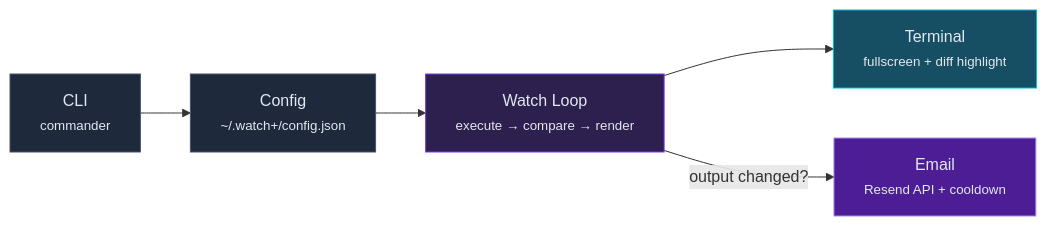
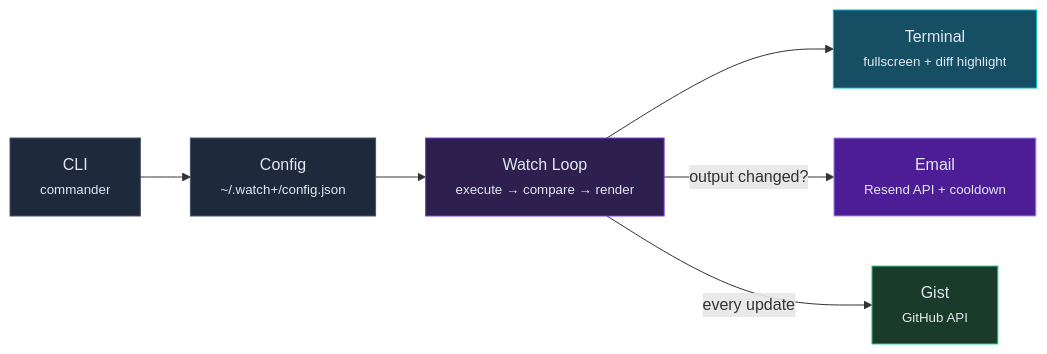
One commit to timothyandrew/watch-plus changed the second of 2 diagrams in README.md. Above: the diagram before and after it, drawn with Mermaid. The commit also changed other lines of this file, not shown here.

Commit message:
Update README with Gist output, email queuing, and architecture changes

````diff
--- a/README.md
+++ b/README.md
@@ -112,13 +131,15 @@
 ```mermaid
 graph LR
     CLI["CLI<br/><small>commander</small>"] --> Config["Config<br/><small>~/.watch+/config.json</small>"]
     Config --> Watch["Watch Loop<br/><small>execute → compare → render</small>"]
     Watch --> Terminal["Terminal<br/><small>fullscreen + diff highlight</small>"]
     Watch -->|output changed?| Email["Email<br/><small>Resend API + cooldown</small>"]
+    Watch -->|every update| Gist["Gist<br/><small>GitHub API</small>"]
 
     style CLI fill:#1e293b,stroke:#475569,color:#e2e8f0
     style Config fill:#1e293b,stroke:#475569,color:#e2e8f0
     style Watch fill:#2d1f4e,stroke:#7c3aed,color:#e2e8f0
     style Terminal fill:#164e63,stroke:#06b6d4,color:#e2e8f0
     style Email fill:#4c1d95,stroke:#a78bfa,color:#e2e8f0
+    style Gist fill:#1a3a2a,stroke:#34d399,color:#e2e8f0
 ```
````
